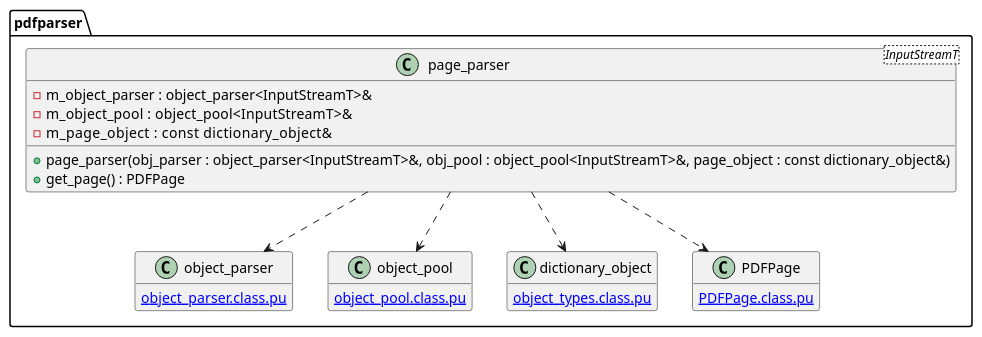
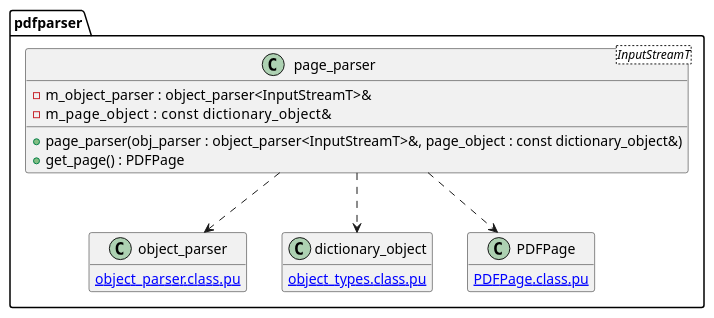
One commit to KodaiYM/PDFReader changed the diagram in document/document_reader/page_tree_parser/page_parser/page_parser.class.pu. Above: the diagram before and after it, drawn with PlantUML. The commit also changed 4 other files, not shown here.

Commit message:
全体のクラスの依存関係を示すクラス図を追加

```diff
--- a/document/document_reader/page_tree_parser/page_parser/page_parser.class.pu
+++ b/document/document_reader/page_tree_parser/page_parser/page_parser.class.pu
@@ -1,29 +1,24 @@
 @startuml page_parser
 hide empty members
 namespace pdfparser {
 class page_parser<InputStreamT> {
 	-m_object_parser : object_parser<InputStreamT>&
-	-m_object_pool   : object_pool<InputStreamT>&
 	-m_page_object     : const dictionary_object&
 
-	+page_parser(obj_parser : object_parser<InputStreamT>&, obj_pool : object_pool<InputStreamT>&, page_object : const dictionary_object&)
+	+page_parser(obj_parser : object_parser<InputStreamT>&, page_object : const dictionary_object&)
 	+get_page() : PDFPage
 }
 page_parser ..> object_parser
-page_parser ..> object_pool
 page_parser ..> dictionary_object
 page_parser ..> PDFPage
 
 class object_parser {
 	[[object_parser.class.pu]]
-}
-class object_pool {
-	[[object_pool.class.pu]]
 }
 class dictionary_object {
 	[[object_types.class.pu]]
 }
 class PDFPage {
 	[[PDFPage.class.pu]]
 }
 @enduml
```
